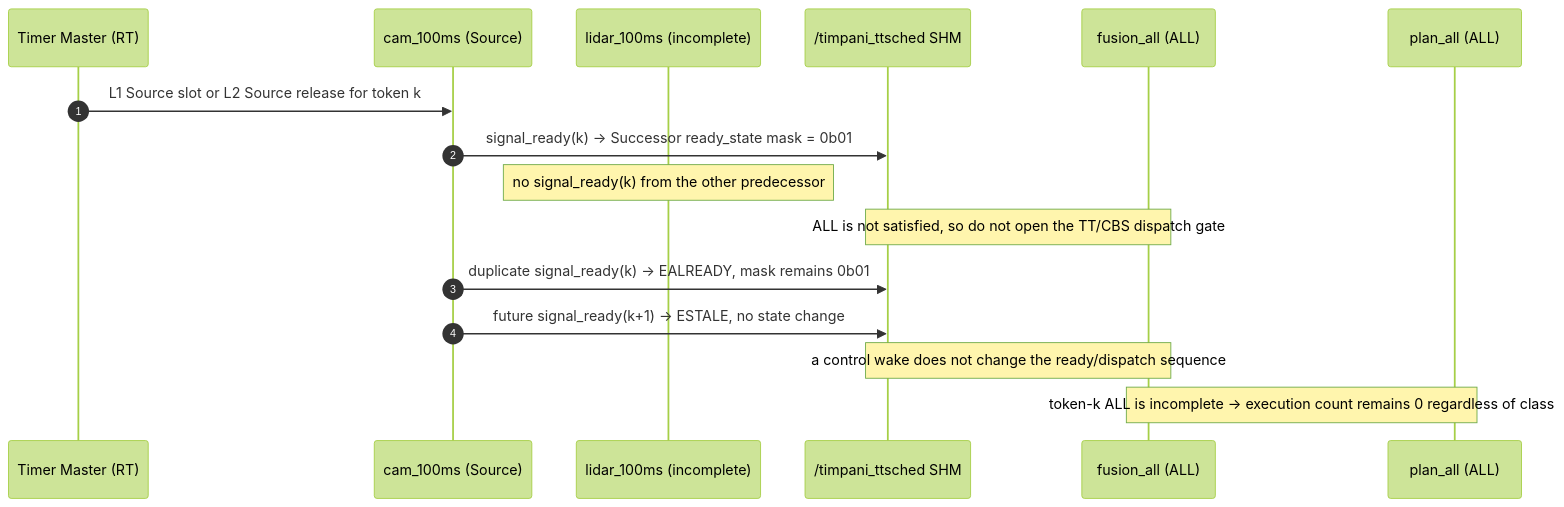
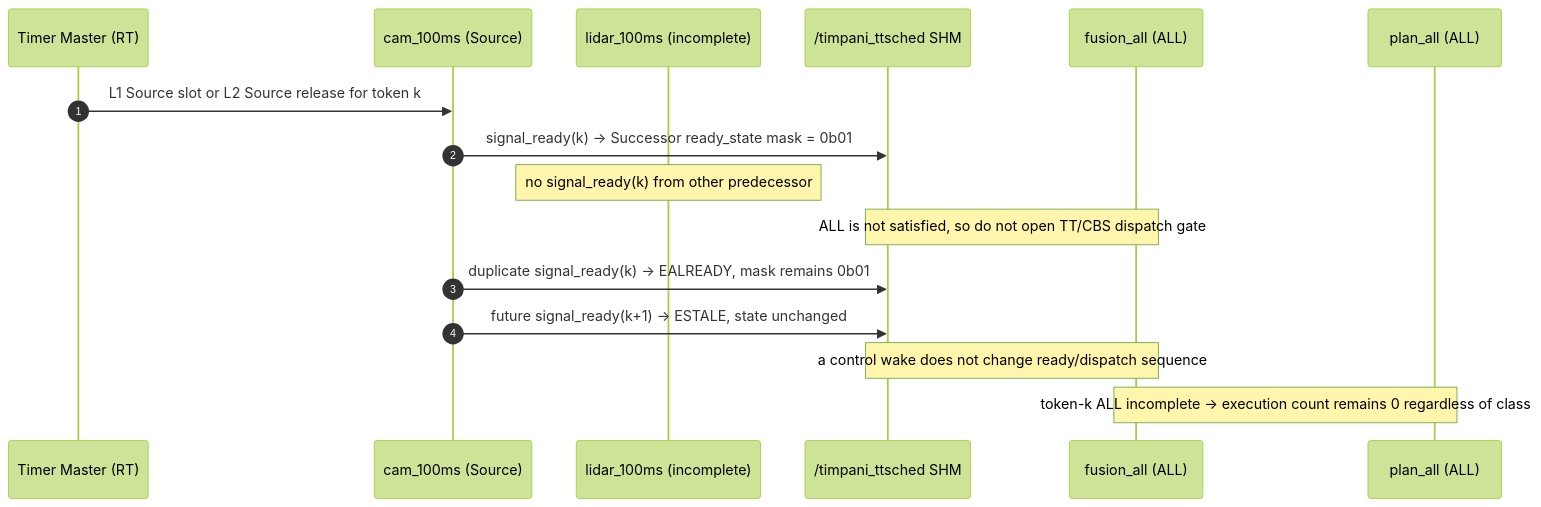
The fourth of 4 diagrams in doc/design/HLD-009-data-driven-workload.md (akshayg0314/timpani26), drawn with Mermaid (forest theme) before and after one commit. The commit also changed other lines of this file and 11 other files, not shown here.

````diff
--- a/doc/design/HLD-009-data-driven-workload.md
+++ b/doc/design/HLD-009-data-driven-workload.md
@@ -147,19 +155,19 @@
 ```mermaid
 sequenceDiagram
     autonumber
     participant TM as Timer Master (RT)
     participant CAM as cam_100ms (Source)
     participant LIDAR as lidar_100ms (incomplete)
     participant SHM as /timpani_ttsched SHM
     participant FUSION as fusion_all (ALL)
     participant PLAN as plan_all (ALL)
 
     TM->>CAM: L1 Source slot or L2 Source release for token k
     CAM->>SHM: signal_ready(k) -> Successor ready_state mask = 0b01
-    Note over LIDAR: no signal_ready(k) from the other predecessor
-    Note over SHM,FUSION: ALL is not satisfied, so do not open the TT/CBS dispatch gate
+    Note over LIDAR: no signal_ready(k) from other predecessor
+    Note over SHM,FUSION: ALL is not satisfied, so do not open TT/CBS dispatch gate
     CAM->>SHM: duplicate signal_ready(k) -> EALREADY, mask remains 0b01
-    CAM->>SHM: future signal_ready(k+1) -> ESTALE, no state change
-    Note over SHM,FUSION: a control wake does not change the ready/dispatch sequence
-    Note over FUSION,PLAN: token-k ALL is incomplete -> execution count remains 0 regardless of class
+    CAM->>SHM: future signal_ready(k+1) -> ESTALE, state unchanged
+    Note over SHM,FUSION: a control wake does not change ready/dispatch sequence
+    Note over FUSION,PLAN: token-k ALL incomplete -> execution count remains 0 regardless of class
 ```
````
